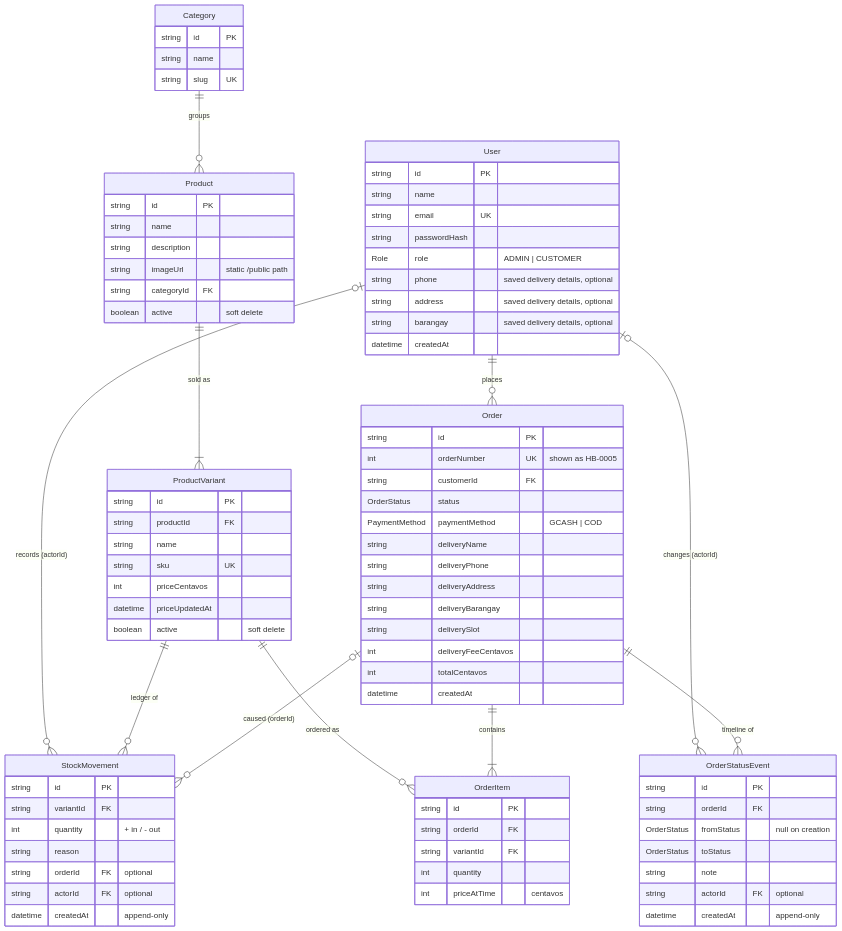
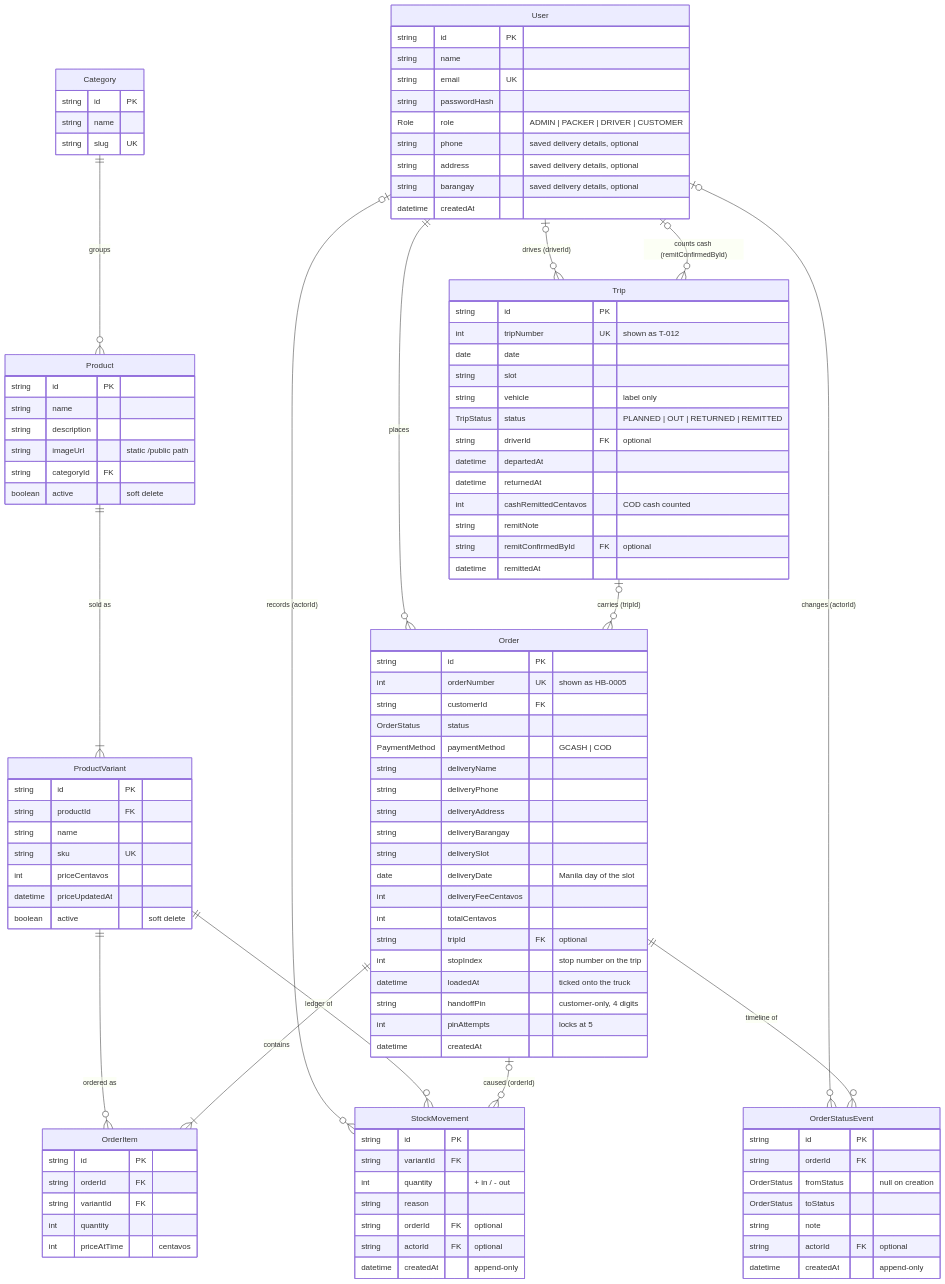
Before and after one commit to zkil27/SIA-Book-and-Hook: the diagram in docs/diagrams/erd.mmd, drawn with Mermaid. The commit also changed 91 other files, not shown here.

```diff
--- a/docs/diagrams/erd.mmd
+++ b/docs/diagrams/erd.mmd
@@ -1,87 +1,111 @@
-%% Hook & Box ERD — derived from prisma/schema.prisma (2026-11-07).
+%% Hook & Box ERD — derived from prisma/schema.prisma (2026-11-08).
 %% If this and the schema ever disagree, the schema wins; update this file.
 erDiagram
   User ||--o{ Order : places
   User |o--o{ StockMovement : "records (actorId)"
   User |o--o{ OrderStatusEvent : "changes (actorId)"
   Category ||--o{ Product : groups
   Product ||--|{ ProductVariant : "sold as"
   ProductVariant ||--o{ StockMovement : "ledger of"
   ProductVariant ||--o{ OrderItem : "ordered as"
   Order ||--|{ OrderItem : contains
   Order |o--o{ StockMovement : "caused (orderId)"
   Order ||--o{ OrderStatusEvent : "timeline of"
+  Trip |o--o{ Order : "carries (tripId)"
+  User |o--o{ Trip : "drives (driverId)"
+  User |o--o{ Trip : "counts cash (remitConfirmedById)"
 
   User {
     string id PK
     string name
     string email UK
     string passwordHash
-    Role role "ADMIN | CUSTOMER"
+    Role role "ADMIN | PACKER | DRIVER | CUSTOMER"
     string phone "saved delivery details, optional"
     string address "saved delivery details, optional"
     string barangay "saved delivery details, optional"
     datetime createdAt
   }
   Category {
     string id PK
     string name
     string slug UK
   }
   Product {
     string id PK
     string name
     string description
     string imageUrl "static /public path"
     string categoryId FK
     boolean active "soft delete"
   }
   ProductVariant {
     string id PK
     string productId FK
     string name
     string sku UK
     int priceCentavos
     datetime priceUpdatedAt
     boolean active "soft delete"
   }
   StockMovement {
     string id PK
     string variantId FK
     int quantity "+ in / - out"
     string reason
     string orderId FK "optional"
     string actorId FK "optional"
     datetime createdAt "append-only"
   }
   Order {
     string id PK
     int orderNumber UK "shown as HB-0005"
     string customerId FK
     OrderStatus status
     PaymentMethod paymentMethod "GCASH | COD"
     string deliveryName
     string deliveryPhone
     string deliveryAddress
     string deliveryBarangay
     string deliverySlot
+    date deliveryDate "Manila day of the slot"
     int deliveryFeeCentavos
     int totalCentavos
+    string tripId FK "optional"
+    int stopIndex "stop number on the trip"
+    datetime loadedAt "ticked onto the truck"
+    string handoffPin "customer-only, 4 digits"
+    int pinAttempts "locks at 5"
     datetime createdAt
+  }
+  Trip {
+    string id PK
+    int tripNumber UK "shown as T-012"
+    date date
+    string slot
+    string vehicle "label only"
+    TripStatus status "PLANNED | OUT | RETURNED | REMITTED"
+    string driverId FK "optional"
+    datetime departedAt
+    datetime returnedAt
+    int cashRemittedCentavos "COD cash counted"
+    string remitNote
+    string remitConfirmedById FK "optional"
+    datetime remittedAt
   }
   OrderItem {
     string id PK
     string orderId FK
     string variantId FK
     int quantity
     int priceAtTime "centavos"
   }
   OrderStatusEvent {
     string id PK
     string orderId FK
     OrderStatus fromStatus "null on creation"
     OrderStatus toStatus
     string note
     string actorId FK "optional"
     datetime createdAt "append-only"
   }
```
